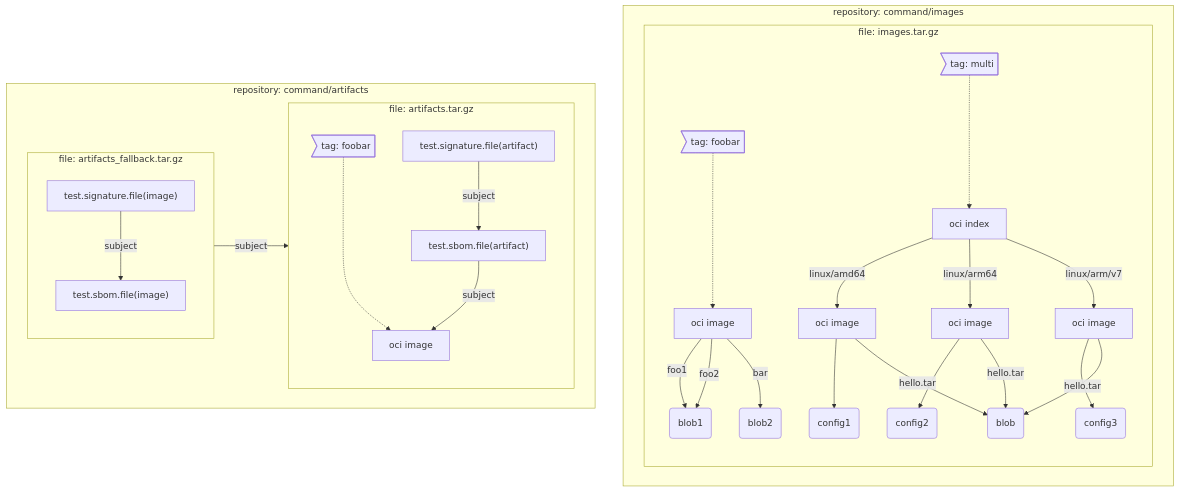
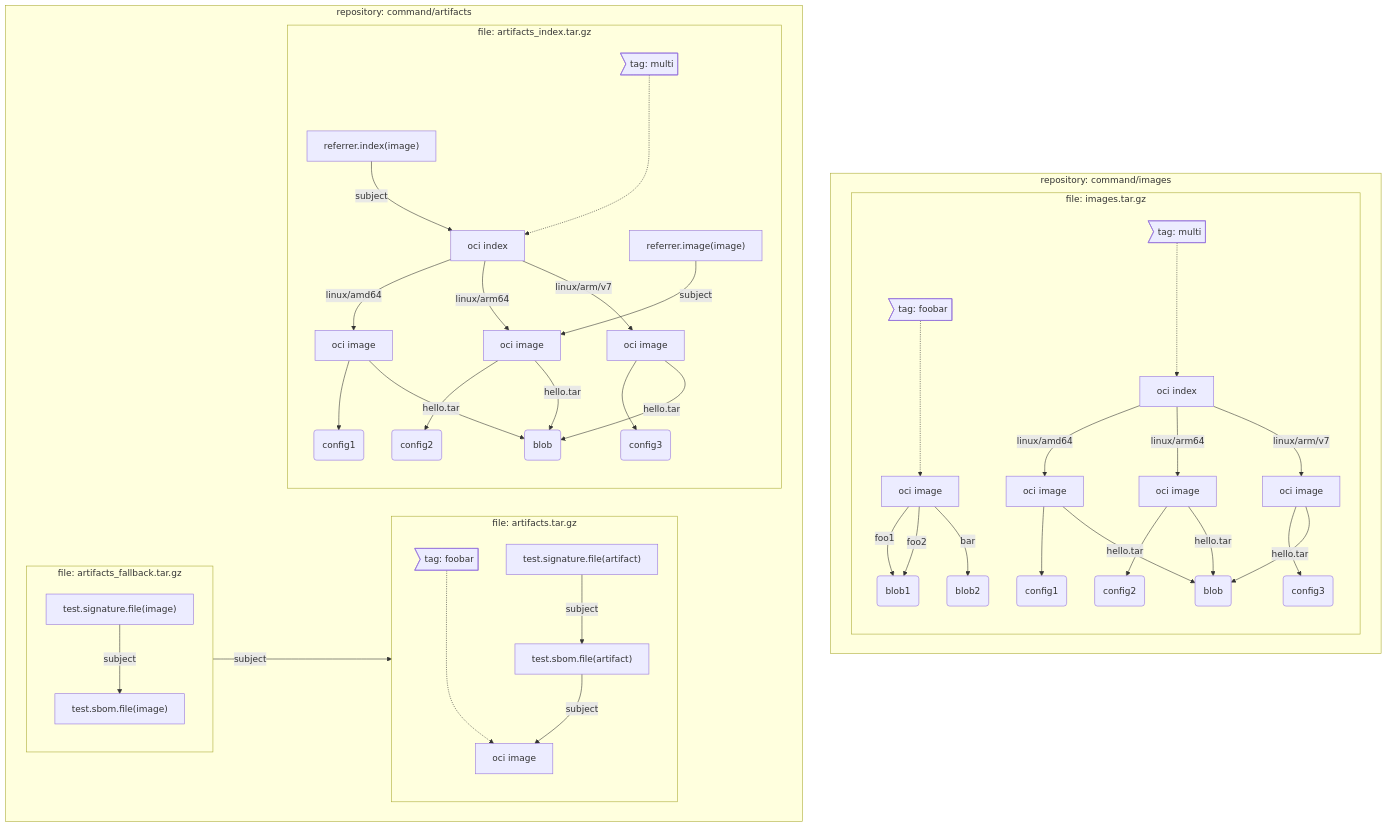
One commit to oras-project/oras changed the first of 2 diagrams in test/e2e/README.md. Above: the diagram before and after it, drawn with Mermaid. The commit also changed 1 other file, not shown here.

Commit message:
add test data for cp

````diff
--- a/test/e2e/README.md
+++ b/test/e2e/README.md
@@ -72,39 +72,54 @@
 ```mermaid
 graph TD;
     subgraph "repository: command/images"
         subgraph "file: images.tar.gz"
             direction TB
             A0>tag: multi]-..->A1[oci index]
             A1--linux/amd64-->A2[oci image]
             A1--linux/arm64-->A3[oci image]
             A1--linux/arm/v7-->A4[oci image]
             A2-->A5(config1)
             A3-->A6(config2)
             A4-->A7(config3)
             A2-- hello.tar -->A8(blob)
             A3-- hello.tar -->A8(blob)
             A4-- hello.tar -->A8(blob)
 
             B0>tag: foobar]-..->B1[oci image]
             B1-- foo1 -->B2(blob1)
             B1-- foo2 -->B2(blob1)
             B1-- bar -->B3(blob2)
         end
     end
     
     subgraph "repository: command/artifacts"
         subgraph "file: artifacts.tar.gz"
             direction TB
             C0>tag: foobar]-..->C1[oci image]
             
             direction TB
             E1["test.sbom.file(artifact)"] -- subject --> C1
             E2["test.signature.file(artifact)"] -- subject --> E1
         end
         subgraph "file: artifacts_fallback.tar.gz"
             direction TB
             D1["test.sbom.file(image)"] -- subject --> C1
             D2["test.signature.file(image)"] -- subject --> D1
+        end        
+        subgraph "file: artifacts_index.tar.gz"
+            direction TB
+            F0>tag: multi]-..->F1[oci index]
+            F1--linux/amd64-->F2[oci image]
+            F1--linux/arm64-->F3[oci image]
+            F1--linux/arm/v7-->F4[oci image]
+            F2-->F5(config1)
+            F3-->F6(config2)
+            F4-->F7(config3)
+            F2-- hello.tar -->F8(blob)
+            F3-- hello.tar -->F8(blob)
+            F4-- hello.tar -->F8(blob)
+            F9["referrer.index(image)"] --subject--> F1
+            F10["referrer.image(image)"] --subject--> F3
         end
     end
 ```
````
